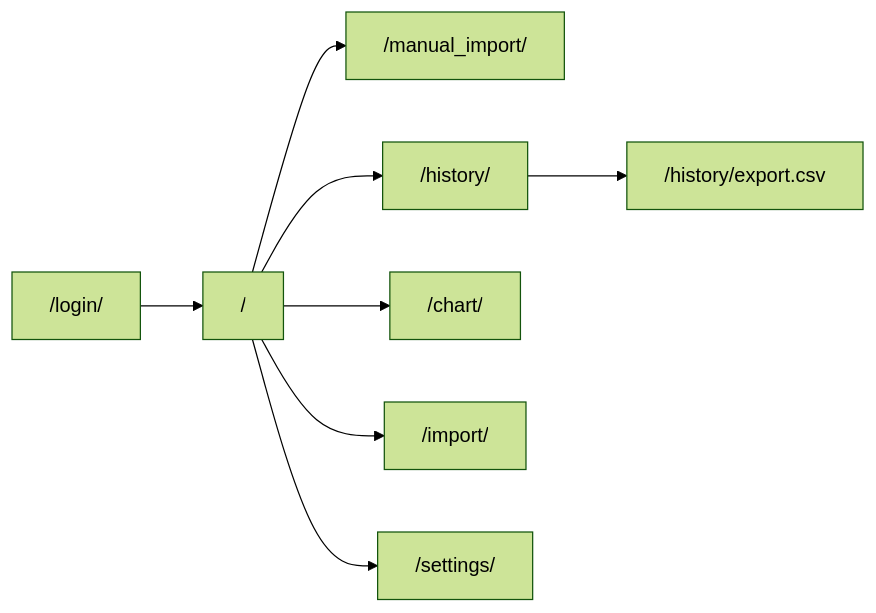
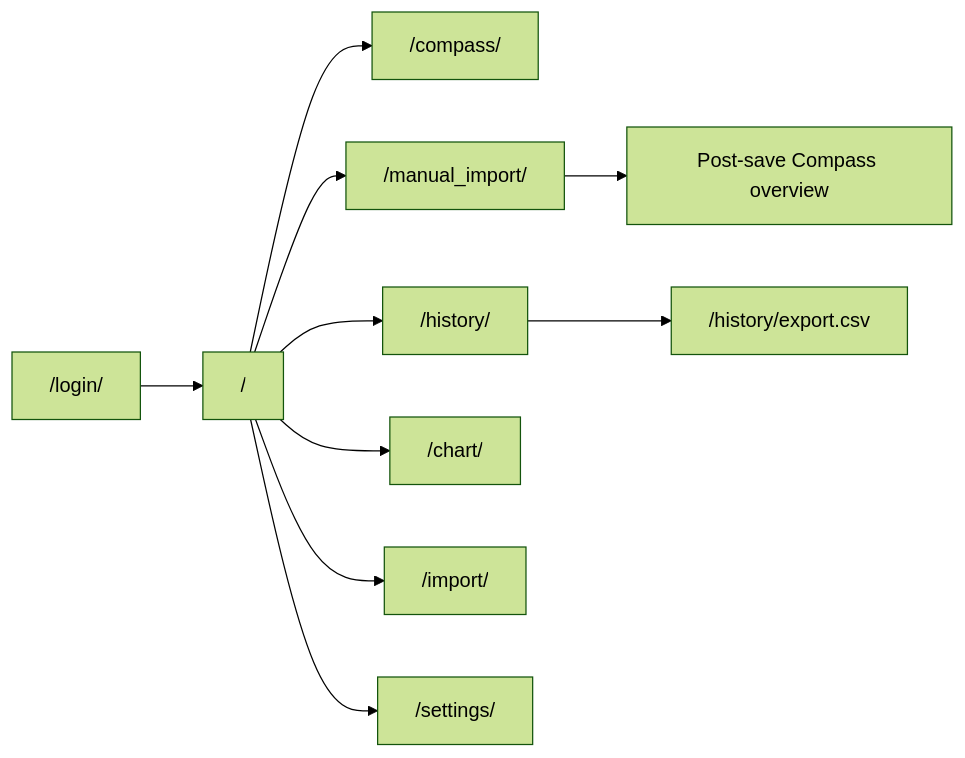
The second of 5 diagrams in docs/architecture.md (didac-crst/body-history), drawn with Mermaid (forest theme) before and after one commit. The commit also changed other lines of this file and 25 other files, not shown here.

````diff
--- a/docs/architecture.md
+++ b/docs/architecture.md
@@ -21,10 +21,12 @@
 ```mermaid
 flowchart LR
   login["/login/"] --> dash["/"]
+  dash --> compass["/compass/"]
   dash --> manual["/manual_import/"]
   dash --> history["/history/"]
   dash --> chart["/chart/"]
   dash --> excel["/import/"]
   dash --> settings["/settings/"]
   history --> csv["/history/export.csv"]
+  manual --> postSave["Post-save Compass overview"]
 ```
````
